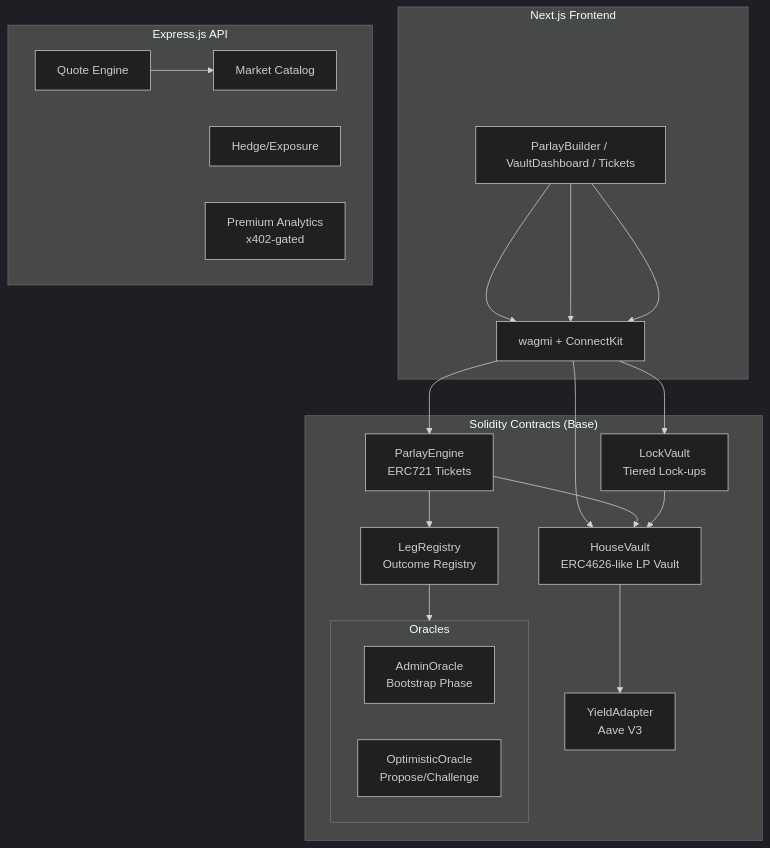
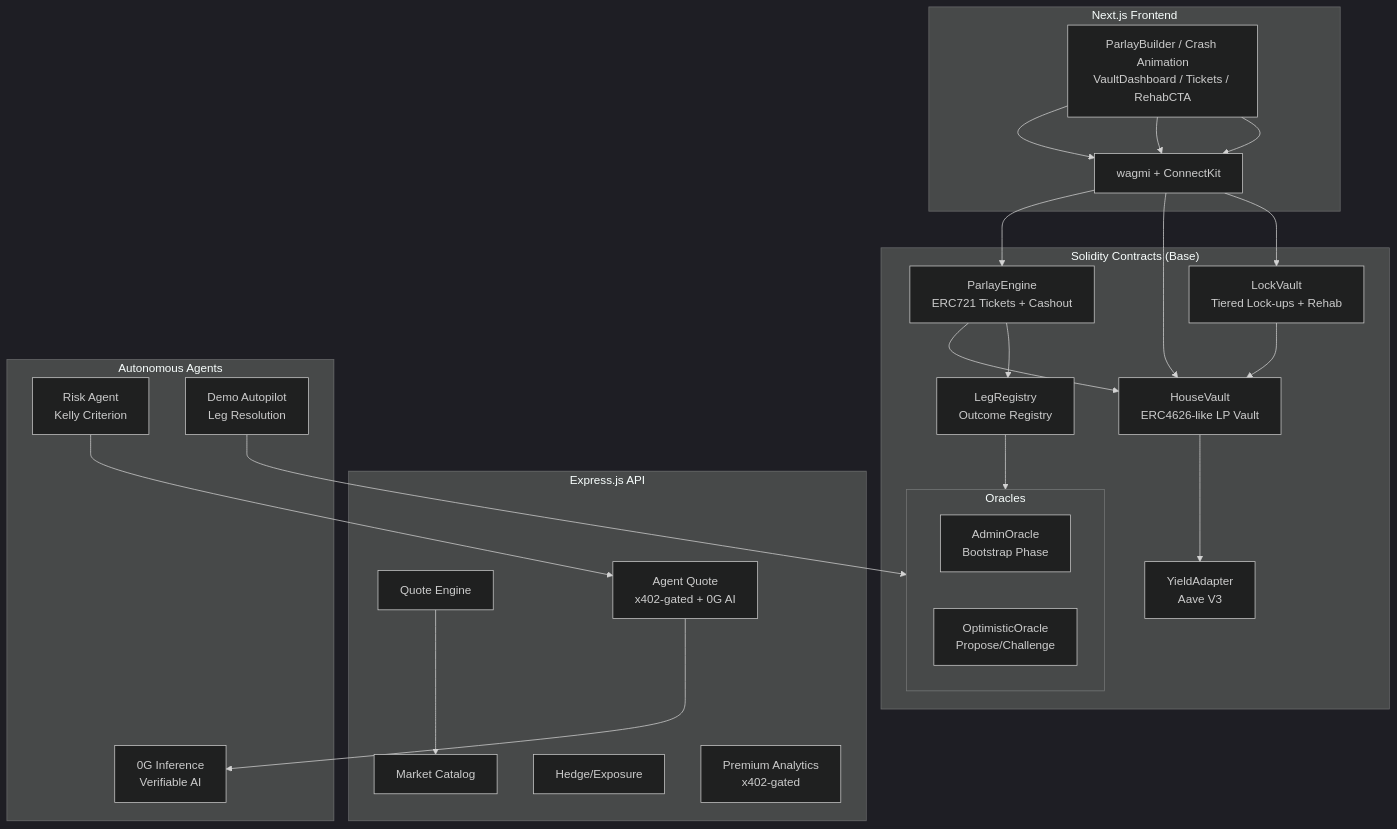
Before and after one commit to roman-popenov/parlaycity: the third of 7 diagrams in README.md, drawn with Mermaid (dark theme). The commit also changed other lines of this file, not shown here.

First line of the commit message:
docs: Update README with crash game, 0G AI, rehab mode, and agent docs

````diff
--- a/README.md
+++ b/README.md
@@ -37,37 +87,47 @@
 ```mermaid
 graph TB
     subgraph Frontend ["Next.js Frontend"]
-        UI[ParlayBuilder / VaultDashboard / Tickets]
+        UI[ParlayBuilder / Crash Animation<br/>VaultDashboard / Tickets / RehabCTA]
         WG[wagmi + ConnectKit]
     end
 
     subgraph Contracts ["Solidity Contracts (Base)"]
-        PE[ParlayEngine<br/>ERC721 Tickets]
+        PE[ParlayEngine<br/>ERC721 Tickets + Cashout]
         HV[HouseVault<br/>ERC4626-like LP Vault]
         LR[LegRegistry<br/>Outcome Registry]
-        LV[LockVault<br/>Tiered Lock-ups]
+        LV[LockVault<br/>Tiered Lock-ups + Rehab]
         YA[YieldAdapter<br/>Aave V3]
 
         subgraph Oracles
             AO[AdminOracle<br/>Bootstrap Phase]
             OO[OptimisticOracle<br/>Propose/Challenge]
         end
     end
 
     subgraph Services ["Express.js API"]
         QE[Quote Engine]
         MK[Market Catalog]
         HE[Hedge/Exposure]
         PM[Premium Analytics<br/>x402-gated]
+        AQ[Agent Quote<br/>x402-gated + 0G AI]
+    end
+
+    subgraph Agents ["Autonomous Agents"]
+        RA[Risk Agent<br/>Kelly Criterion]
+        ZG[0G Inference<br/>Verifiable AI]
+        AP[Demo Autopilot<br/>Leg Resolution]
     end
 
     UI --> WG --> PE
     UI --> WG --> HV
     UI --> WG --> LV
     PE --> HV
     PE --> LR
     LR --> Oracles
     HV --> YA
     LV --> HV
     QE --> MK
+    RA --> AQ
+    AQ --> ZG
+    AP --> Oracles
 ```
````
